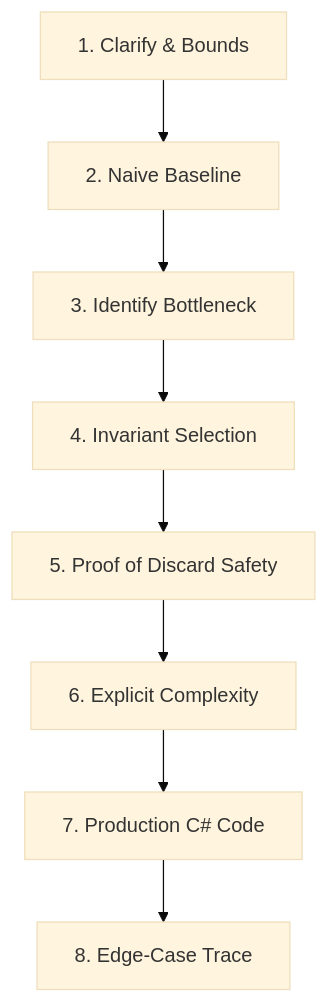
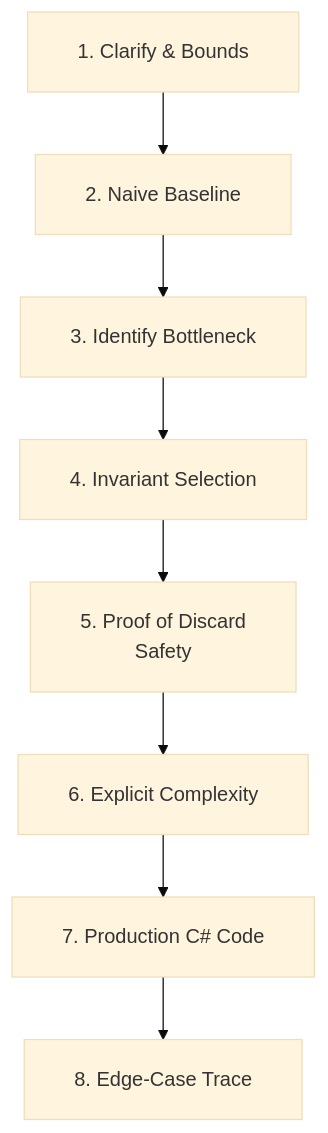
Before and after one commit to dip4k/DSA_102: the diagram in Top_10_Company_High_ROI_DSA_Curriculum.md, drawn with Mermaid (base theme). The commit also changed 108 other files, not shown here.

First line of the commit message:
fix(mermaid): resolve diagram clipping, padding, and syntax issues across repo

````diff
--- a/Top_10_Company_High_ROI_DSA_Curriculum.md
+++ b/Top_10_Company_High_ROI_DSA_Curriculum.md
@@ -383,10 +383,11 @@
 ```mermaid
+%%{init: {"flowchart": {"htmlLabels": true, "padding": 20}}}%%
 flowchart TD
     S1["1. Clarify & Bounds"] --> S2["2. Naive Baseline"]
     S2 --> S3["3. Identify Bottleneck"]
     S3 --> S4["4. Invariant Selection"]
-    S4 --> S5["5. Proof of Discard Safety"]
+    S4 --> S5["5. Proof of Discard<br/>Safety"]
     S5 --> S6["6. Explicit Complexity"]
     S6 --> S7["7. Production C# Code"]
     S7 --> S8["8. Edge-Case Trace"]
 ```
````
